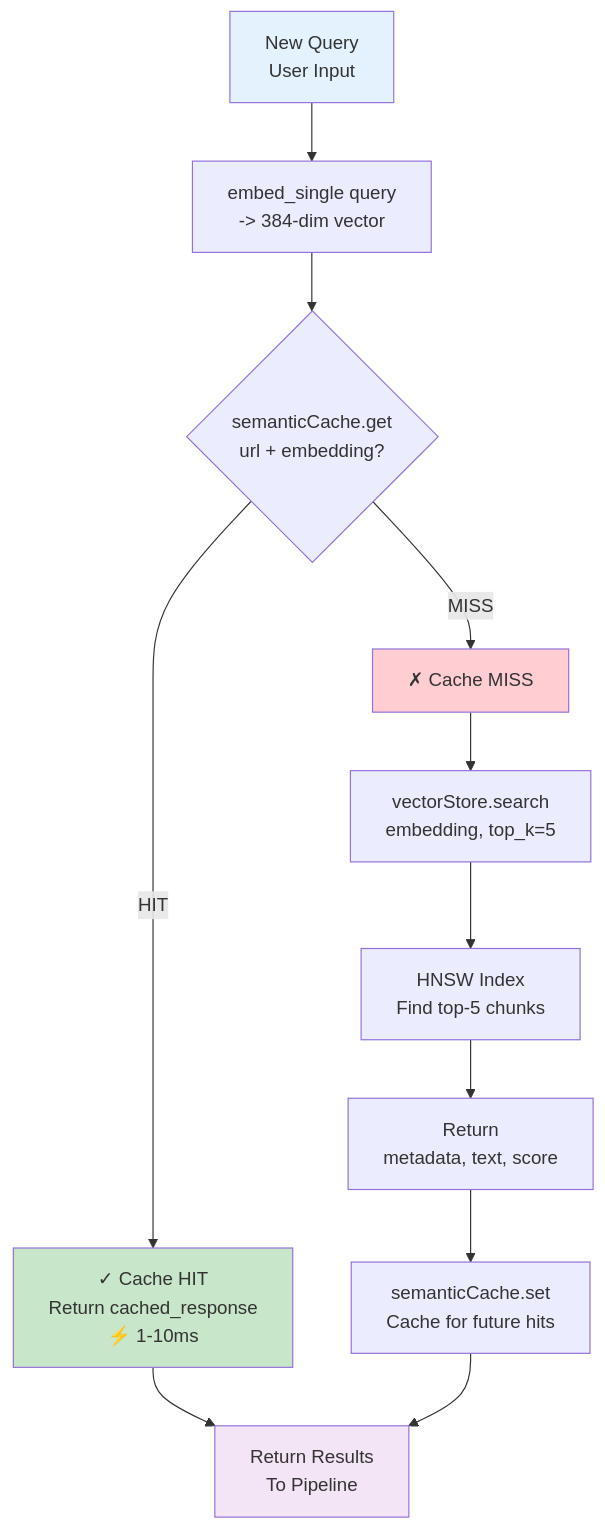
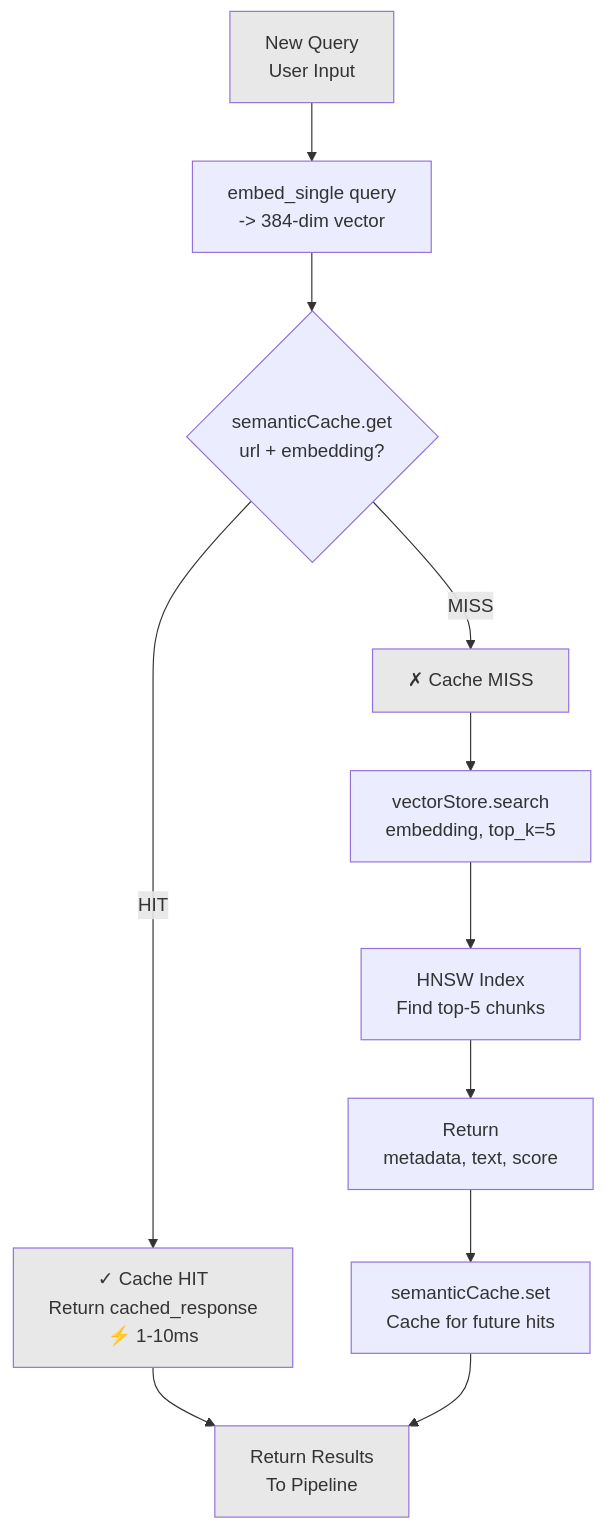
Before and after one commit to pollinations/lixSearch: the eighth of 17 diagrams in DOCS/FULL_ARCHITECTURE.md, drawn with Mermaid. The commit also changed other lines of this file, not shown here.

Commit message:
refactor: Update diagram styles for improved visual consistency in architecture documentation

````diff
--- a/DOCS/FULL_ARCHITECTURE.md
+++ b/DOCS/FULL_ARCHITECTURE.md
@@ -605,31 +605,31 @@
 ```mermaid
 graph TD
     Query["New Query<br/>User Input"]
     EmbedQuery["embed_single query<br/>-> 384-dim vector"]
     CheckCache{"semanticCache.get<br/>url + embedding?"}
     
     CacheHit["✓ Cache HIT<br/>Return cached_response<br/>⚡ 1-10ms"]
     
     CacheMiss["✗ Cache MISS"]
     VecSearch["vectorStore.search<br/>embedding, top_k=5"]
     HNSWIndex["HNSW Index<br/>Find top-5 chunks"]
     ReturnResults["Return<br/>metadata, text, score"]
     SetCache["semanticCache.set<br/>Cache for future hits"]
     FinalReturn["Return Results<br/>To Pipeline"]
     
     Query --> EmbedQuery
     EmbedQuery --> CheckCache
     CheckCache -->|HIT| CacheHit
     CheckCache -->|MISS| CacheMiss
     CacheHit --> FinalReturn
     CacheMiss --> VecSearch
     VecSearch --> HNSWIndex
     HNSWIndex --> ReturnResults
     ReturnResults --> SetCache
     SetCache --> FinalReturn
     
-    style CacheHit fill:#C8E6C9
-    style CacheMiss fill:#FFCDD2
-    style Query fill:#E3F2FD
-    style FinalReturn fill:#F3E5F5
+    style CacheHit fill:#E8E8E8
+    style CacheMiss fill:#E8E8E8
+    style Query fill:#E8E8E8
+    style FinalReturn fill:#E8E8E8
 ```
````
